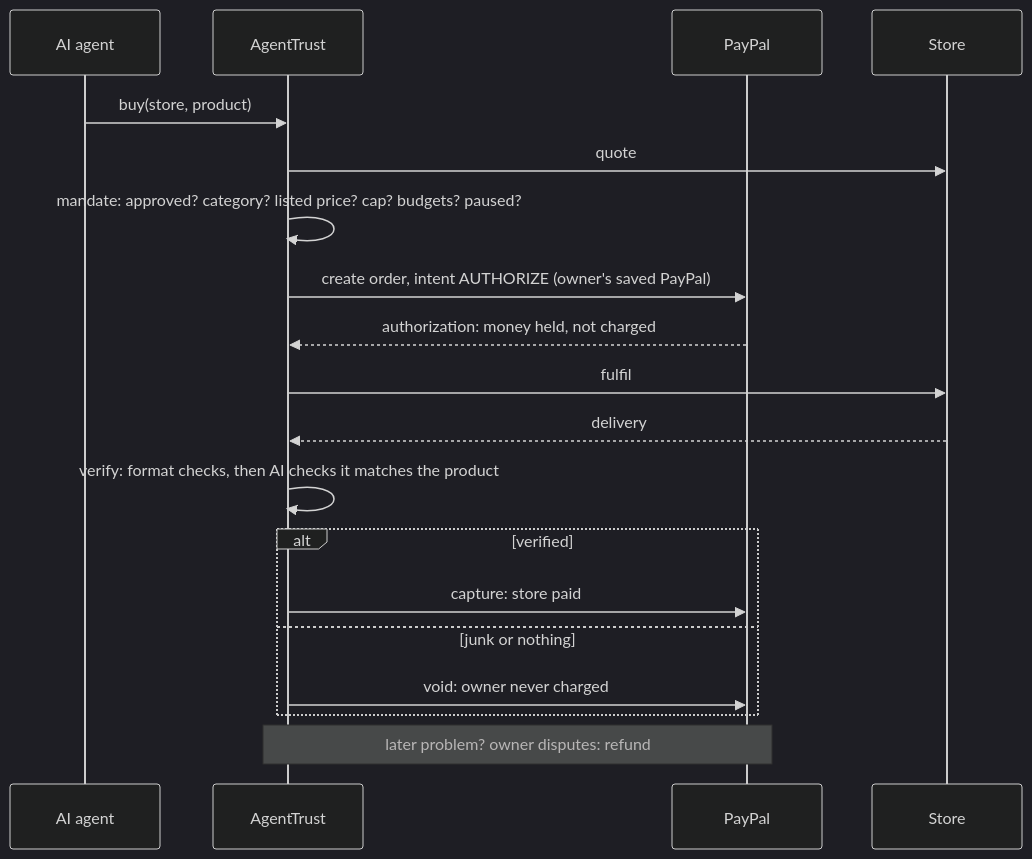
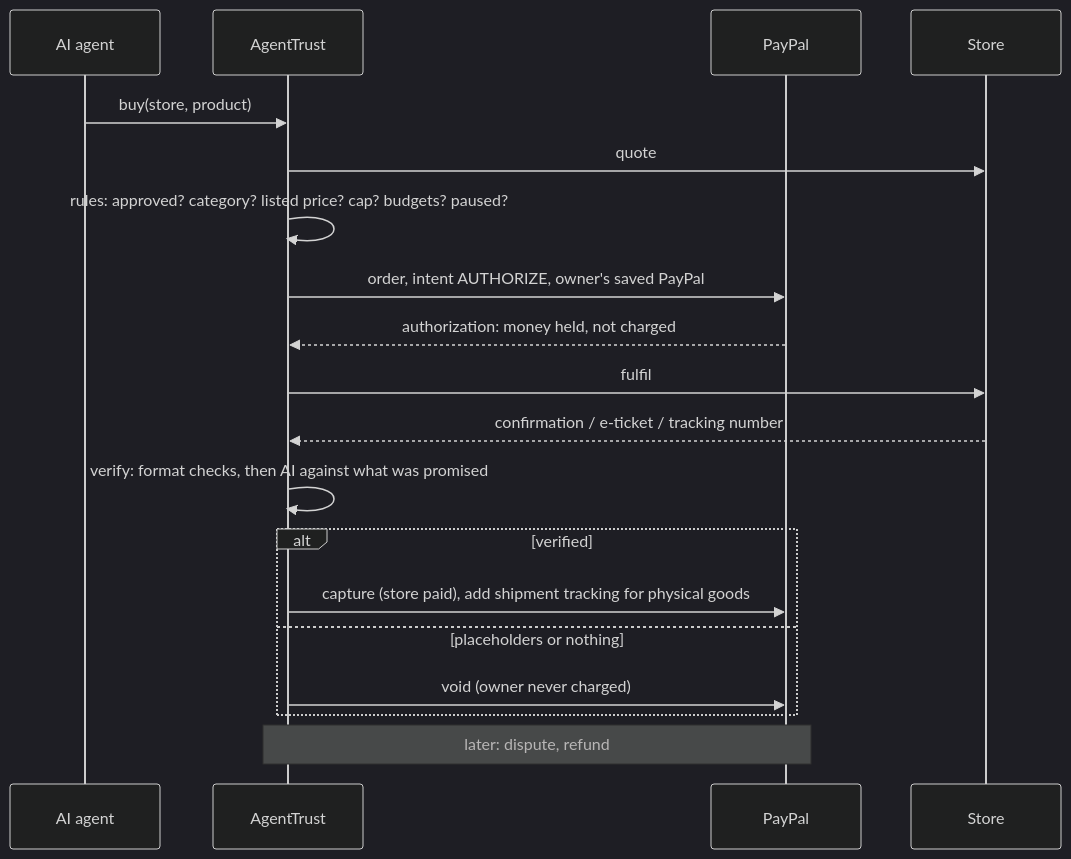
The diagram in README.md (AbdeldjalilChougui/AgentTrust), drawn with Mermaid (dark theme) before and after one commit. The commit also changed other lines of this file and 20 other files, not shown here.

Commit message:
Refocus on PayPal: everyday commerce, renewals, tracking, Agent Toolkit policy, webhooks, store payees

````diff
--- a/README.md
+++ b/README.md
@@ -33,21 +33,21 @@
 ```mermaid
 sequenceDiagram
     participant A as AI agent
     participant T as AgentTrust
     participant P as PayPal
     participant S as Store
     A->>T: buy(store, product)
     T->>S: quote
-    T->>T: mandate: approved? category? listed price? cap? budgets? paused?
-    T->>P: create order, intent AUTHORIZE (owner's saved PayPal)
+    T->>T: rules: approved? category? listed price? cap? budgets? paused?
+    T->>P: order, intent AUTHORIZE, owner's saved PayPal
     P-->>T: authorization: money held, not charged
     T->>S: fulfil
-    S-->>T: delivery
-    T->>T: verify: format checks, then AI checks it matches the product
+    S-->>T: confirmation / e-ticket / tracking number
+    T->>T: verify: format checks, then AI against what was promised
     alt verified
-        T->>P: capture: store paid
-    else junk or nothing
-        T->>P: void: owner never charged
+        T->>P: capture (store paid), add shipment tracking for physical goods
+    else placeholders or nothing
+        T->>P: void (owner never charged)
     end
-    Note over T,P: later problem? owner disputes: refund
+    Note over T,P: later: dispute, refund
 ```
````
